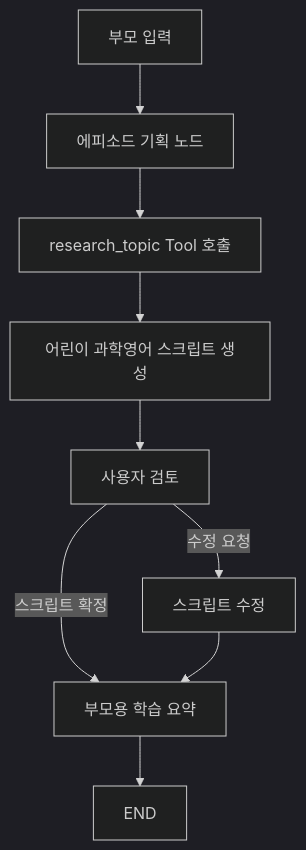
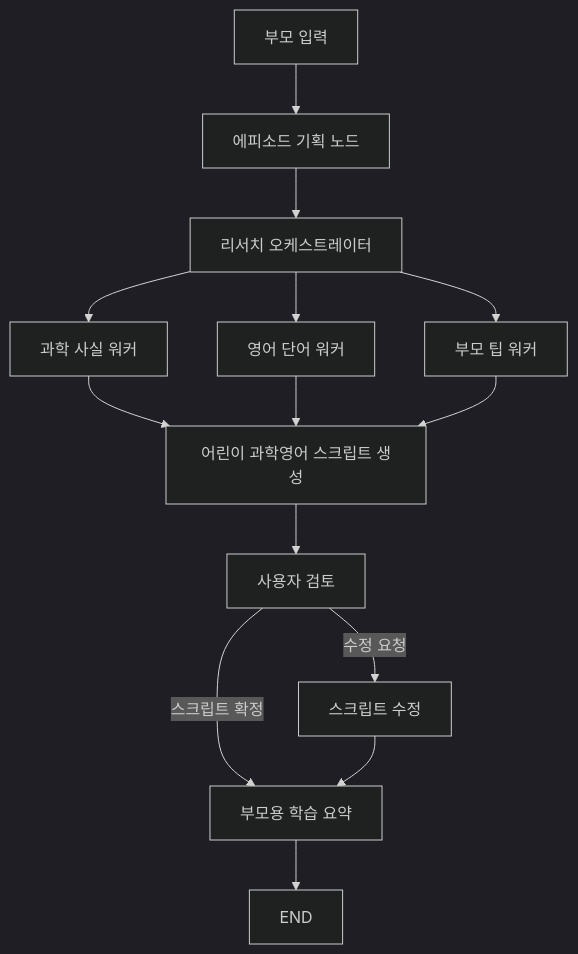
One commit to hesshess/little-science-pod changed the diagram in README.md. Above: the diagram before and after it, drawn with Mermaid (dark theme). The commit also changed other lines of this file and 3 other files, not shown here.

````diff
--- a/README.md
+++ b/README.md
@@ -18,11 +18,16 @@
 ```mermaid
 graph TD
     A[부모 입력] --> B[에피소드 기획 노드]
-    B --> C[research_topic Tool 호출]
-    C --> D[어린이 과학영어 스크립트 생성]
-    D --> E[사용자 검토]
-    E -->|스크립트 확정| F[부모용 학습 요약]
-    E -->|수정 요청| G[스크립트 수정]
-    G --> F[부모용 학습 요약]
-    F --> H[END]
+    B --> C[리서치 오케스트레이터]
+    C --> D1[과학 사실 워커]
+    C --> D2[영어 단어 워커]
+    C --> D3[부모 팁 워커]
+    D1 --> E[어린이 과학영어 스크립트 생성]
+    D2 --> E
+    D3 --> E
+    E --> F[사용자 검토]
+    F -->|스크립트 확정| G[부모용 학습 요약]
+    F -->|수정 요청| H[스크립트 수정]
+    H --> G
+    G --> I[END]
 ```
````
